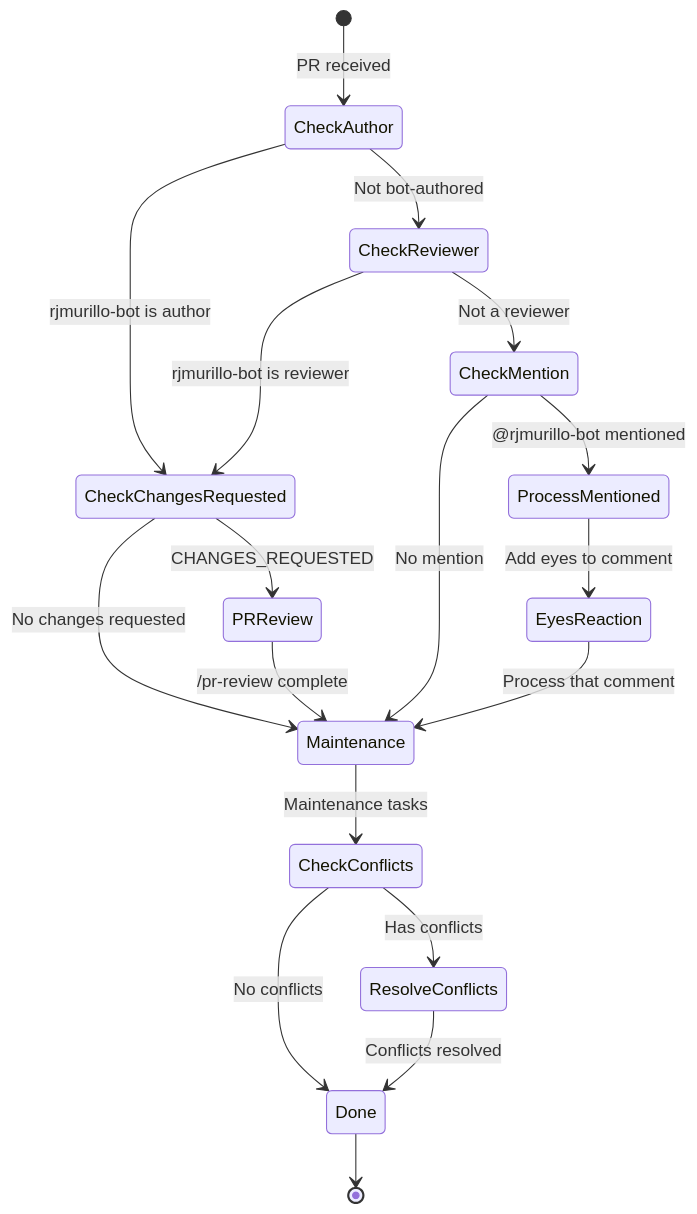
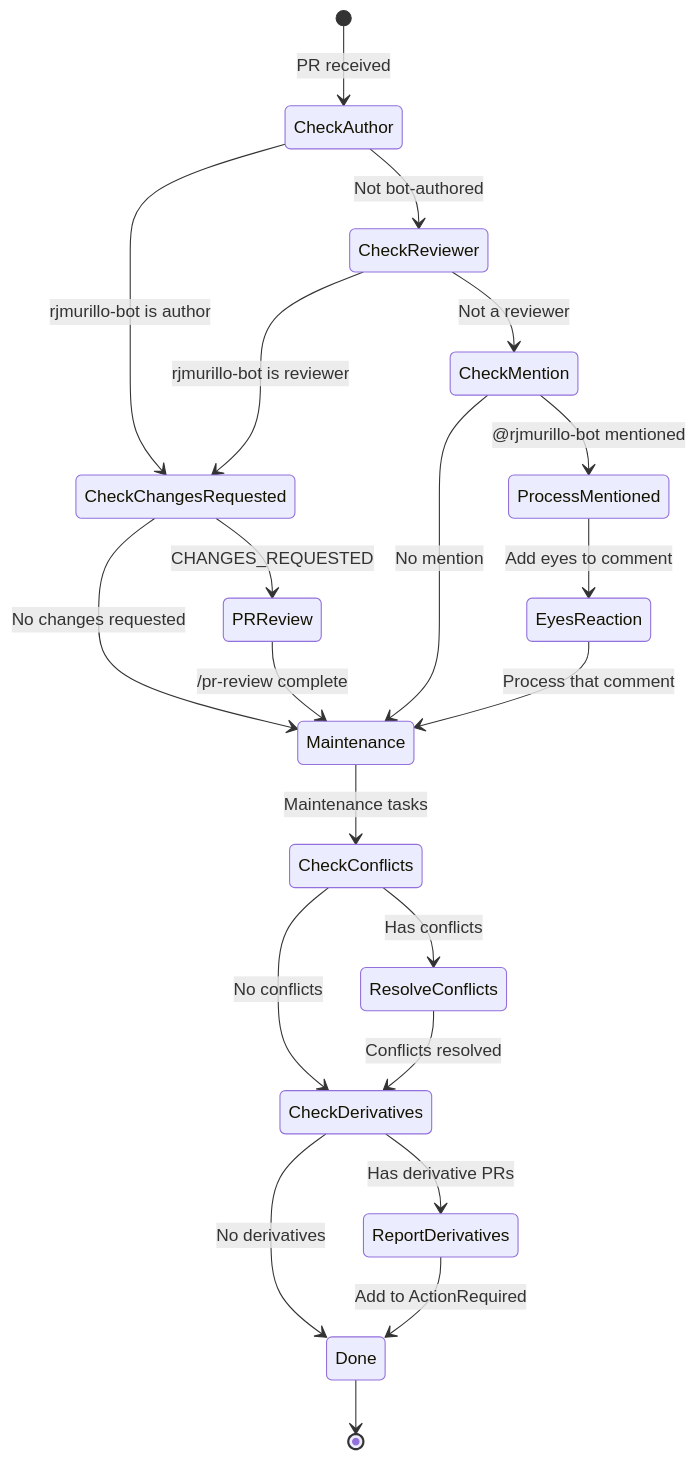
The second of 3 diagrams in .agents/architecture/bot-author-feedback-protocol.md (rjmurillo/ai-agents), drawn with Mermaid before and after one commit. The commit also changed other lines of this file, not shown here.

First line of the commit message:
fix: update mermaid diagrams with derivative PR handling

````diff
--- a/.agents/architecture/bot-author-feedback-protocol.md
+++ b/.agents/architecture/bot-author-feedback-protocol.md
@@ -245,28 +250,33 @@
 ```mermaid
 stateDiagram-v2
     [*] --> CheckAuthor: PR received
 
     CheckAuthor --> CheckChangesRequested: rjmurillo-bot is author
     CheckAuthor --> CheckReviewer: Not bot-authored
 
     CheckChangesRequested --> PRReview: CHANGES_REQUESTED
     CheckChangesRequested --> Maintenance: No changes requested
 
     PRReview --> Maintenance: /pr-review complete
 
     CheckReviewer --> CheckChangesRequested: rjmurillo-bot is reviewer
     CheckReviewer --> CheckMention: Not a reviewer
 
     CheckMention --> ProcessMentioned: @rjmurillo-bot mentioned
     CheckMention --> Maintenance: No mention
 
     ProcessMentioned --> EyesReaction: Add eyes to comment
     EyesReaction --> Maintenance: Process that comment
 
     Maintenance --> CheckConflicts: Maintenance tasks
     CheckConflicts --> ResolveConflicts: Has conflicts
-    CheckConflicts --> Done: No conflicts
+    CheckConflicts --> CheckDerivatives: No conflicts
 
-    ResolveConflicts --> Done: Conflicts resolved
+    ResolveConflicts --> CheckDerivatives: Conflicts resolved
+
+    CheckDerivatives --> ReportDerivatives: Has derivative PRs
+    CheckDerivatives --> Done: No derivatives
+
+    ReportDerivatives --> Done: Add to ActionRequired
     Done --> [*]
 ```
````
